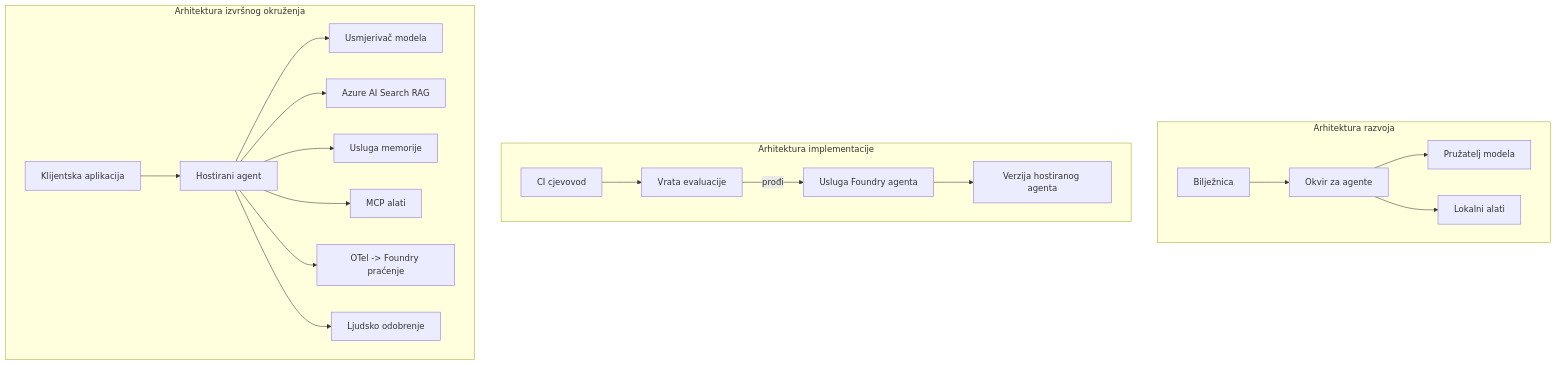
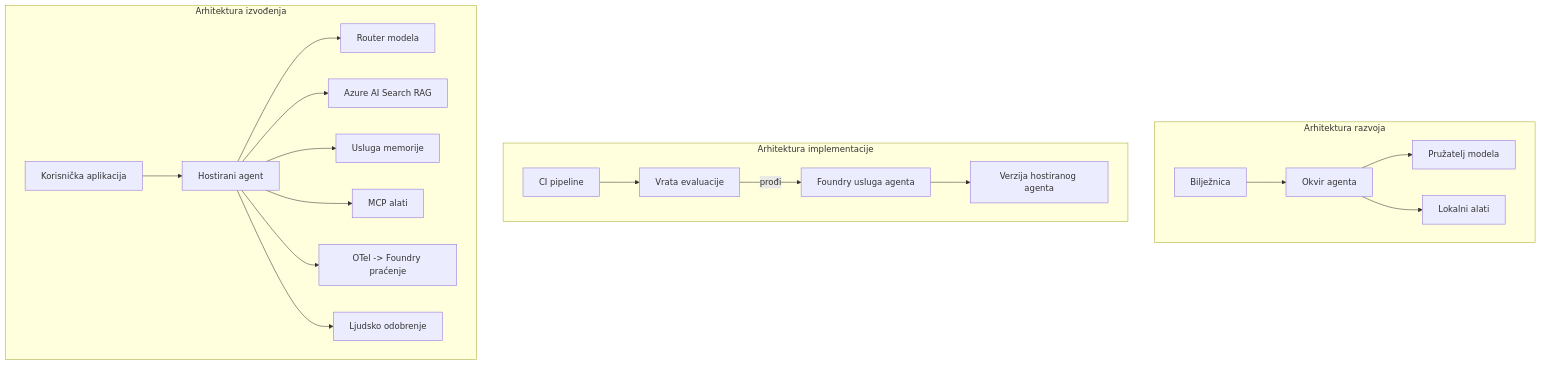
The fourth of 4 diagrams in translations/hr/16-deploying-scalable-agents/README.md (microsoft/ai-agents-for-beginners), drawn with Mermaid before and after one commit. The commit also changed other lines of this file and 47 other files, not shown here.

````diff
--- a/translations/hr/16-deploying-scalable-agents/README.md
+++ b/translations/hr/16-deploying-scalable-agents/README.md
@@ -185,22 +185,22 @@
 ```mermaid
 flowchart TB
     subgraph Dev[Arhitektura razvoja]
-        D1[Bilježnica] --> D2[Okvir za agente]
+        D1[Bilježnica] --> D2[Okvir agenta]
         D2 --> D3[Pružatelj modela]
         D2 --> D4[Lokalni alati]
     end
     subgraph Deploy[Arhitektura implementacije]
-        E1[CI cjevovod] --> E2[Vrata evaluacije]
-        E2 -->|prođi| E3[Usluga Foundry agenta]
+        E1[CI pipeline] --> E2[Vrata evaluacije]
+        E2 -->|prođi| E3[Foundry usluga agenta]
         E3 --> E4[Verzija hostiranog agenta]
     end
-    subgraph Run[Arhitektura izvršnog okruženja]
-        F1[Klijentska aplikacija] --> F2[Hostirani agent]
-        F2 --> F3[Usmjerivač modela]
+    subgraph Run[Arhitektura izvođenja]
+        F1[Korisnička aplikacija] --> F2[Hostirani agent]
+        F2 --> F3[Router modela]
         F2 --> F4[Azure AI Search RAG]
         F2 --> F5[Usluga memorije]
         F2 --> F6[MCP alati]
         F2 --> F7[OTel -> Foundry praćenje]
         F2 --> F8[Ljudsko odobrenje]
     end
 ```
````
